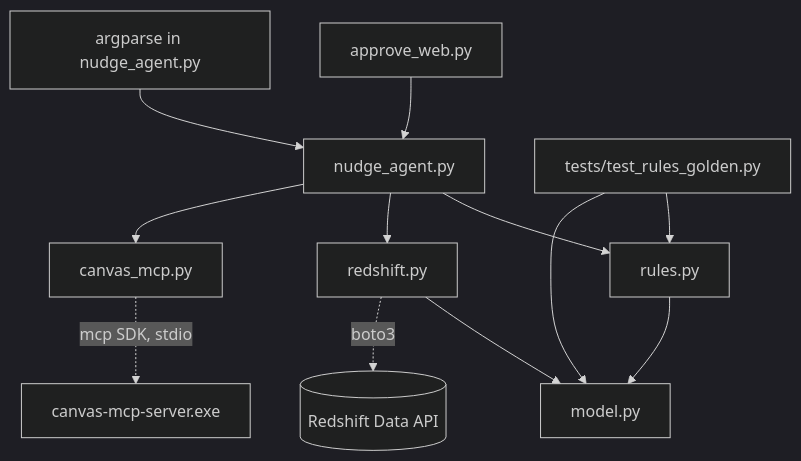
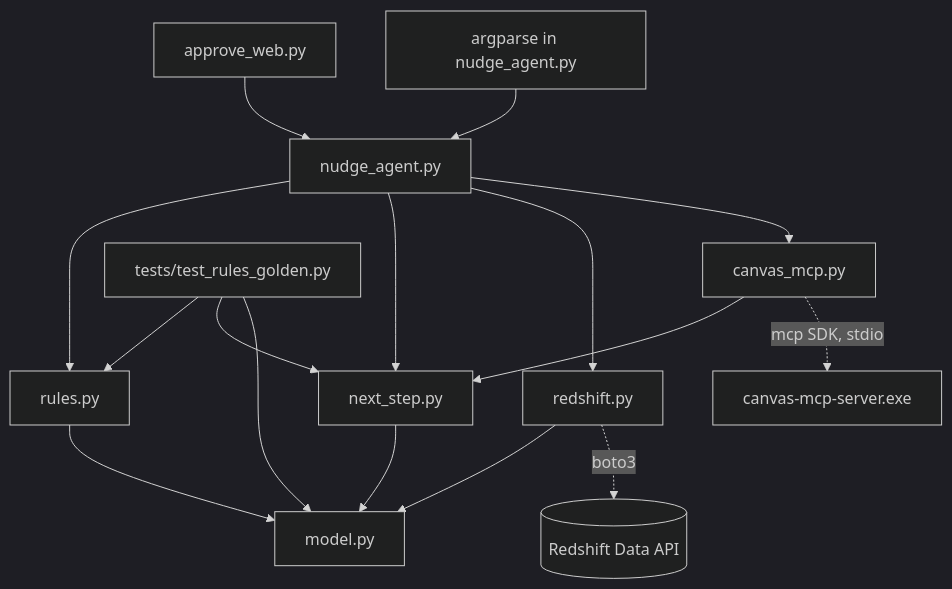
Before and after one commit to rdpatilds/nudge-agent: the second of 6 diagrams in docs/ARCHITECTURE.md, drawn with Mermaid (dark theme). The commit also changed other lines of this file and 9 other files, not shown here.

Commit message:
Resolve next-step links per rule and carry the URL to Canvas and the dashboard

````diff
--- a/docs/ARCHITECTURE.md
+++ b/docs/ARCHITECTURE.md
@@ -66,14 +68,18 @@
 ```mermaid
 flowchart TD
     Web[approve_web.py] --> Agent[nudge_agent.py]
     CLI[argparse in nudge_agent.py] --> Agent
     Agent --> Rules[rules.py]
+    Agent --> Next[next_step.py]
     Agent --> RS[redshift.py]
     Agent --> MCP[canvas_mcp.py]
     Rules --> Model[model.py]
+    Next --> Model
     RS --> Model
+    MCP --> Next
     Test[tests/test_rules_golden.py] --> Rules
+    Test --> Next
     Test --> Model
     RS -.->|boto3| DataAPI[(Redshift Data API)]
     MCP -.->|mcp SDK, stdio| Server[canvas-mcp-server.exe]
 ```
````
